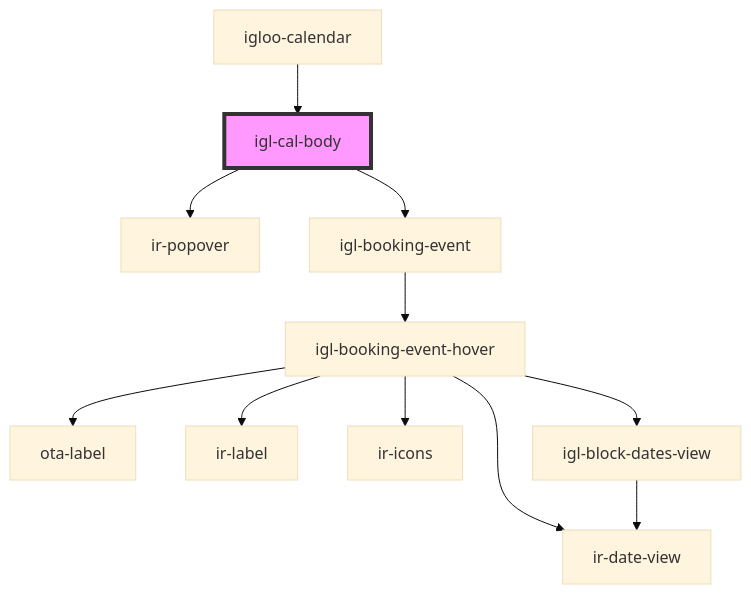
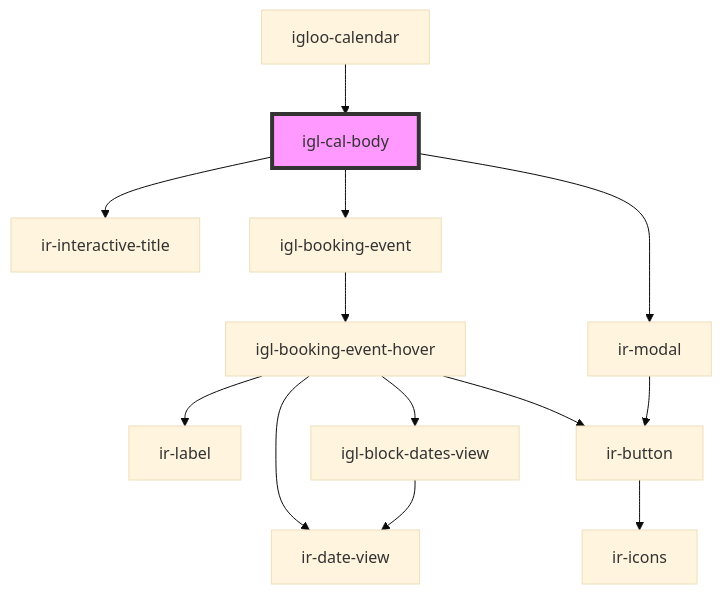
One commit to RonyRizk/ir-webcmp changed the diagram in src/components/igloo-calendar/igl-cal-body/readme.md. Above: the diagram before and after it, drawn with Mermaid (base theme). The commit also changed other lines of this file and 293 other files, not shown here.

````diff
--- a/src/components/igloo-calendar/igl-cal-body/readme.md
+++ b/src/components/igloo-calendar/igl-cal-body/readme.md
@@ -42,14 +44,16 @@
 ```mermaid
 graph TD;
-  igl-cal-body --> ir-popover
+  igl-cal-body --> ir-interactive-title
   igl-cal-body --> igl-booking-event
+  igl-cal-body --> ir-modal
   igl-booking-event --> igl-booking-event-hover
-  igl-booking-event-hover --> ota-label
   igl-booking-event-hover --> ir-date-view
   igl-booking-event-hover --> ir-label
-  igl-booking-event-hover --> ir-icons
+  igl-booking-event-hover --> ir-button
   igl-booking-event-hover --> igl-block-dates-view
+  ir-button --> ir-icons
   igl-block-dates-view --> ir-date-view
+  ir-modal --> ir-button
   igloo-calendar --> igl-cal-body
   style igl-cal-body fill:#f9f,stroke:#333,stroke-width:4px
 ```
````
